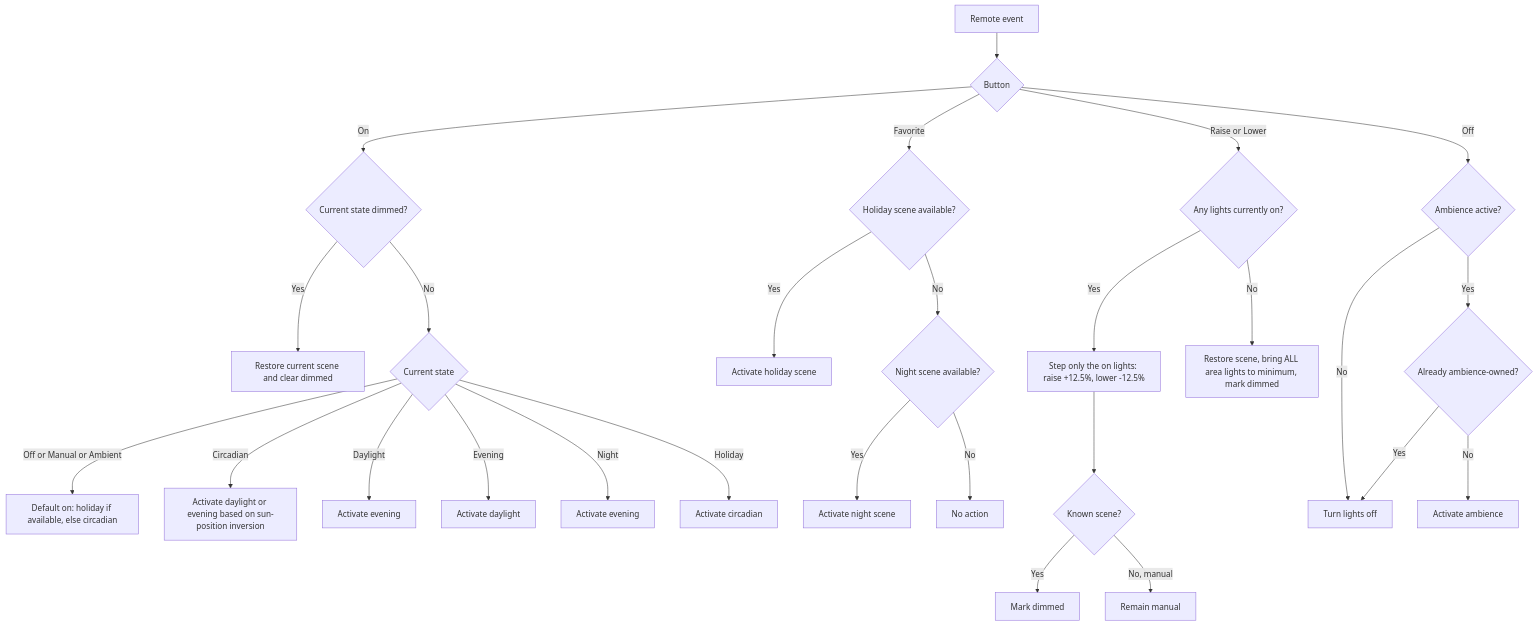
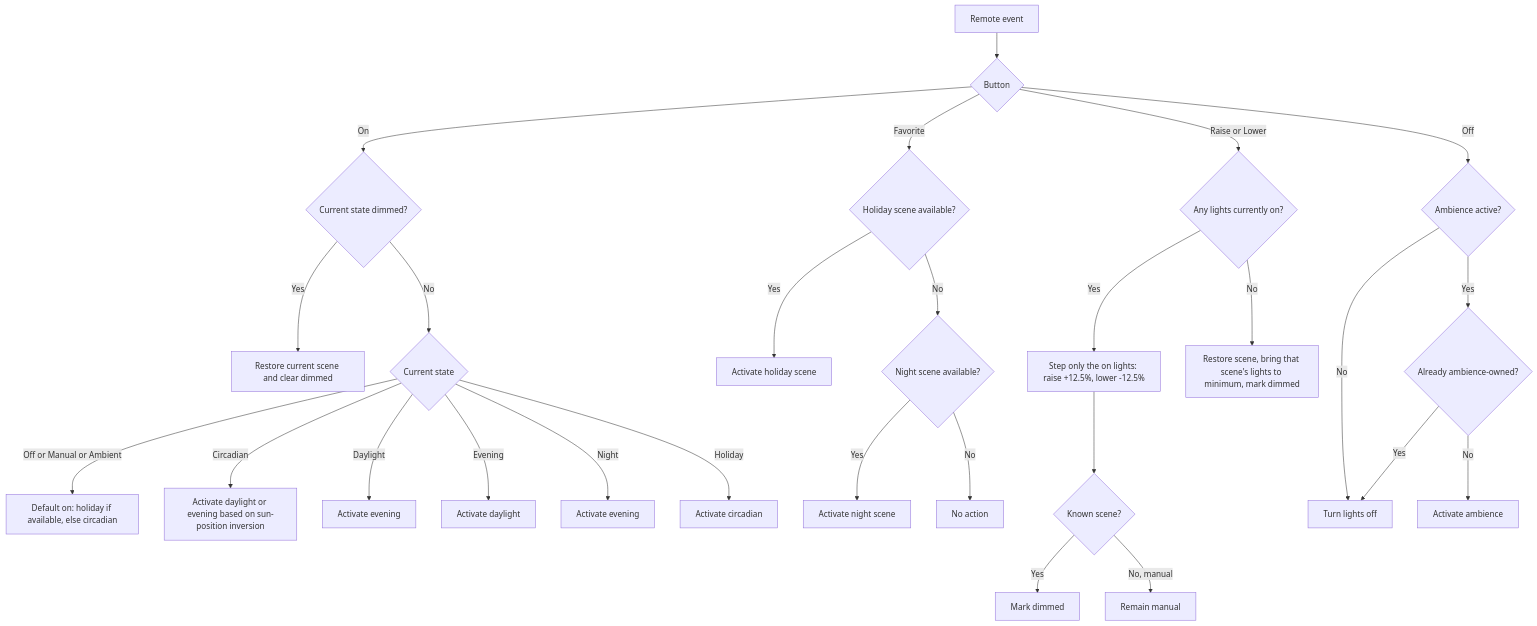
Before and after one commit to aarontc/home-assistant-area-lighting: the second of 4 diagrams in README.md, drawn with Mermaid. The commit also changed other lines of this file and 6 other files, not shown here.

````diff
--- a/README.md
+++ b/README.md
@@ -347,33 +350,33 @@
 ```mermaid
 flowchart TD
     A[Remote event] --> B{Button}
 
     B -->|On| C{Current state dimmed?}
     C -->|Yes| D[Restore current scene and clear dimmed]
     C -->|No| E{Current state}
     E -->|Off or Manual or Ambient| F[Default on: holiday if available, else circadian]
     E -->|Circadian| G[Activate daylight or evening based on sun-position inversion]
     E -->|Daylight| H[Activate evening]
     E -->|Evening| I[Activate daylight]
     E -->|Night| J[Activate evening]
     E -->|Holiday| K[Activate circadian]
 
     B -->|Favorite| L{Holiday scene available?}
     L -->|Yes| M[Activate holiday scene]
     L -->|No| N{Night scene available?}
     N -->|Yes| O[Activate night scene]
     N -->|No| P[No action]
 
     B -->|Raise or Lower| Q{Any lights currently on?}
     Q -->|Yes| R["Step only the on lights: raise +12.5%, lower -12.5%"]
     R --> S{Known scene?}
     S -->|Yes| T[Mark dimmed]
     S -->|No, manual| U[Remain manual]
-    Q -->|No| V["Restore scene, bring ALL area lights to minimum, mark dimmed"]
+    Q -->|No| V["Restore scene, bring that scene's lights to minimum, mark dimmed"]
 
     B -->|Off| X{Ambience active?}
     X -->|No| Y[Turn lights off]
     X -->|Yes| Z{Already ambience-owned?}
     Z -->|Yes| Y
     Z -->|No| AA[Activate ambience]
 ```
````
